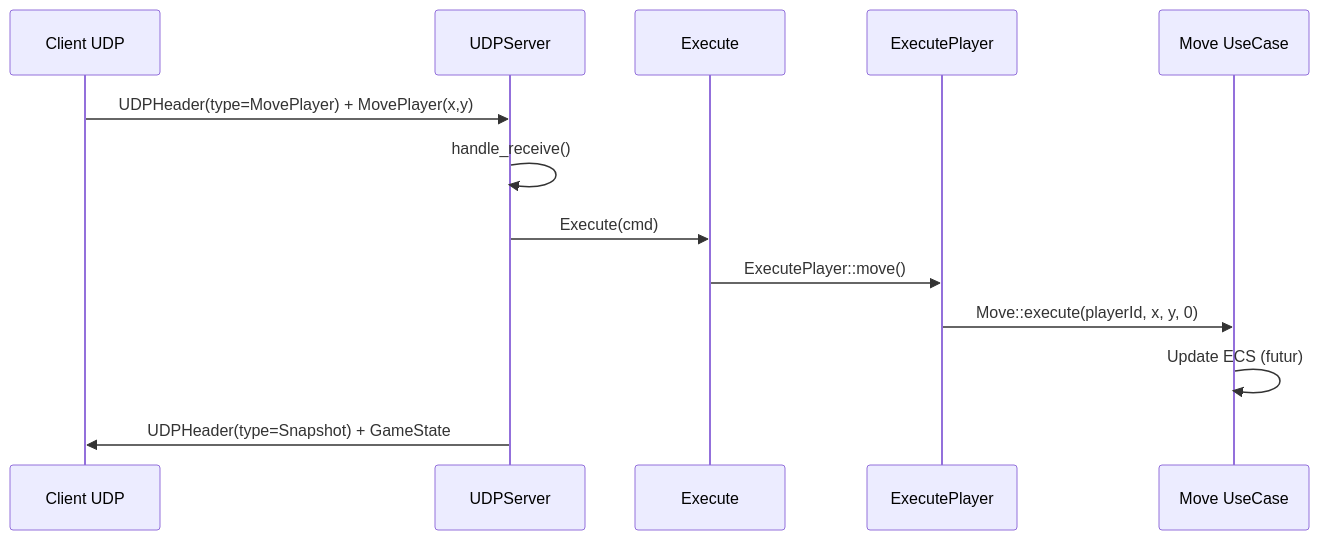
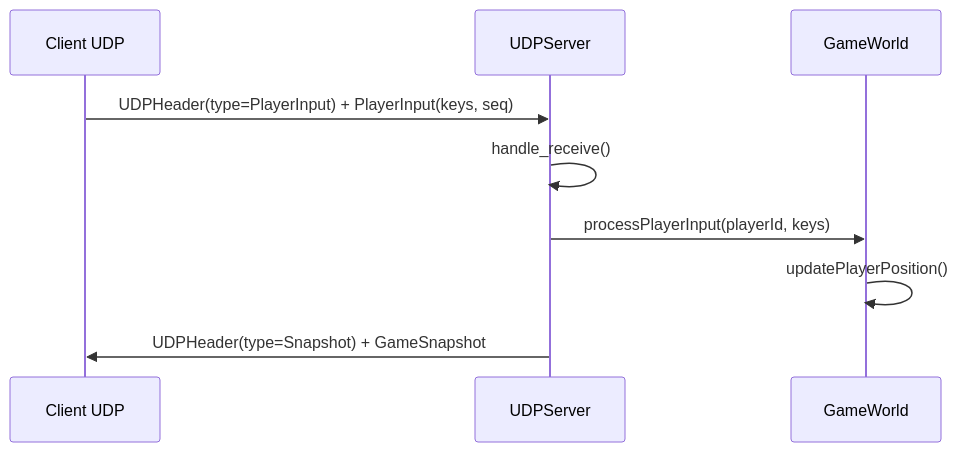
The fourth of 4 diagrams in docs/guides/network-architecture.md (ChrisG-L/rtype), drawn with Mermaid before and after one commit. The commit also changed other lines of this file and 38 other files, not shown here.

````diff
--- a/docs/guides/network-architecture.md
+++ b/docs/guides/network-architecture.md
@@ -559,16 +568,12 @@
 ```mermaid
 sequenceDiagram
     participant C as Client UDP
     participant U as UDPServer
-    participant E as Execute
-    participant EP as ExecutePlayer
-    participant M as Move UseCase
+    participant GW as GameWorld
 
-    C->>U: UDPHeader(type=MovePlayer) + MovePlayer(x,y)
+    C->>U: UDPHeader(type=PlayerInput) + PlayerInput(keys, seq)
     U->>U: handle_receive()
-    U->>E: Execute(cmd)
-    E->>EP: ExecutePlayer::move()
-    EP->>M: Move::execute(playerId, x, y, 0)
-    M->>M: Update ECS (futur)
-    U->>C: UDPHeader(type=Snapshot) + GameState
+    U->>GW: processPlayerInput(playerId, keys)
+    GW->>GW: updatePlayerPosition()
+    U->>C: UDPHeader(type=Snapshot) + GameSnapshot
 ```
````
